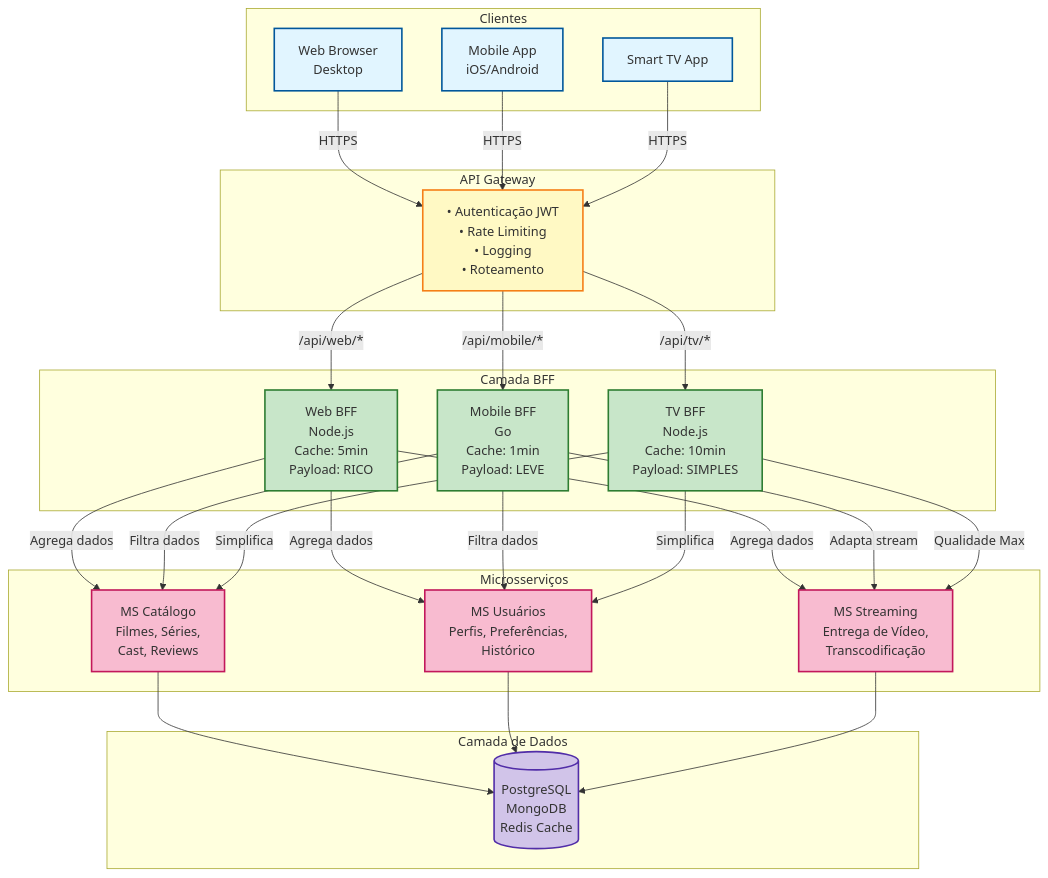
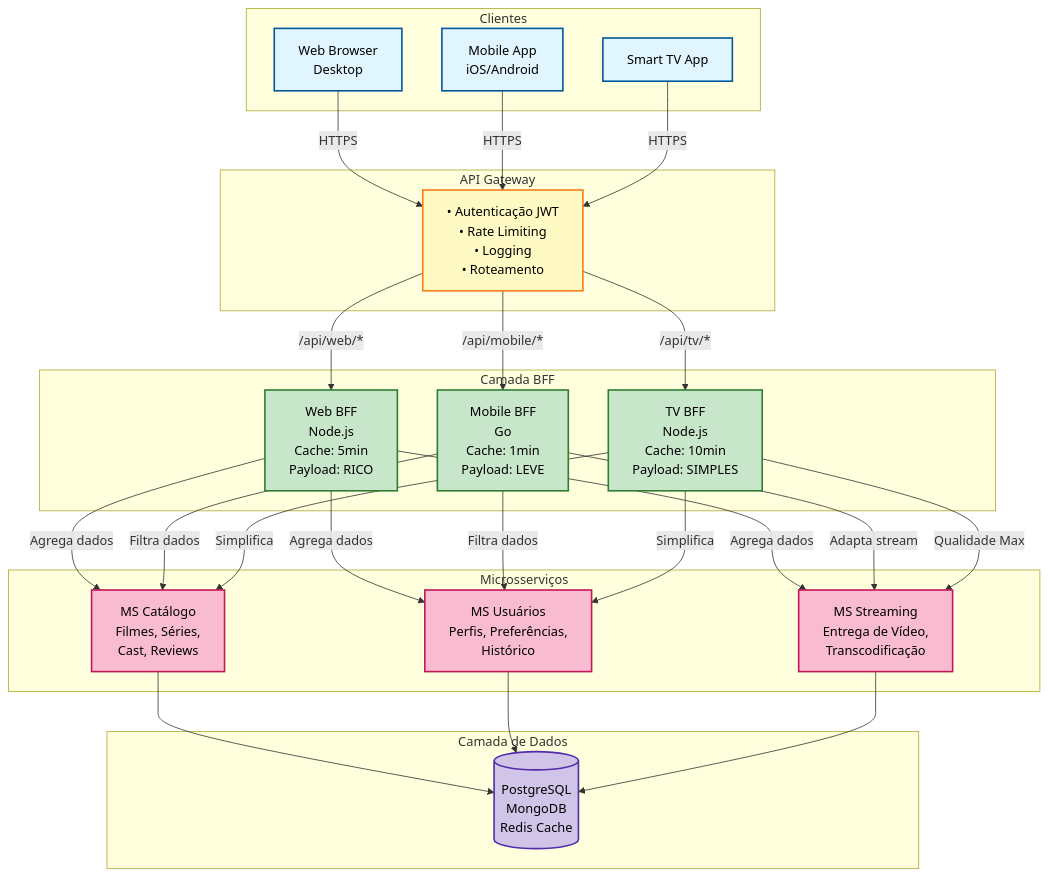
One commit to devsophya/Shipay-Front-End-Engineer-Challenge changed the first of 5 diagrams in questao-05/diagramas/DIAGRAMAS.md. Above: the diagram before and after it, drawn with Mermaid. The commit also changed other lines of this file, not shown here.

````diff
--- a/questao-05/diagramas/DIAGRAMAS.md
+++ b/questao-05/diagramas/DIAGRAMAS.md
@@ -1,64 +1,64 @@
 ```mermaid
 graph TB
     subgraph Clientes
         Web[Web Browser<br/>Desktop]
         Mobile[Mobile App<br/>iOS/Android]
         TV[Smart TV App]
     end
 
     subgraph API_Gateway[API Gateway]
         Gateway[• Autenticação JWT<br/>• Rate Limiting<br/>• Logging<br/>• Roteamento]
     end
 
     subgraph BFF_Layer[Camada BFF]
         WebBFF[Web BFF<br/>Node.js<br/>Cache: 5min<br/>Payload: RICO]
         MobileBFF[Mobile BFF<br/>Go<br/>Cache: 1min<br/>Payload: LEVE]
         TVBFF[TV BFF<br/>Node.js<br/>Cache: 10min<br/>Payload: SIMPLES]
     end
 
     subgraph Microsservicos[Microsserviços]
         MSCatalogo[MS Catálogo<br/>Filmes, Séries,<br/>Cast, Reviews]
         MSUsuarios[MS Usuários<br/>Perfis, Preferências,<br/>Histórico]
         MSStreaming[MS Streaming<br/>Entrega de Vídeo,<br/>Transcodificação]
     end
 
     subgraph Database[Camada de Dados]
         DB[(PostgreSQL<br/>MongoDB<br/>Redis Cache)]
     end
 
     Web -->|HTTPS| Gateway
     Mobile -->|HTTPS| Gateway
     TV -->|HTTPS| Gateway
 
     Gateway -->|/api/web/*| WebBFF
     Gateway -->|/api/mobile/*| MobileBFF
     Gateway -->|/api/tv/*| TVBFF
 
     WebBFF -->|Agrega dados| MSCatalogo
     WebBFF -->|Agrega dados| MSUsuarios
     WebBFF -->|Agrega dados| MSStreaming
 
     MobileBFF -->|Filtra dados| MSCatalogo
     MobileBFF -->|Filtra dados| MSUsuarios
     MobileBFF -->|Adapta stream| MSStreaming
 
     TVBFF -->|Simplifica| MSCatalogo
     TVBFF -->|Simplifica| MSUsuarios
     TVBFF -->|Qualidade Max| MSStreaming
 
     MSCatalogo --> DB
     MSUsuarios --> DB
     MSStreaming --> DB
 
-    classDef clientStyle fill:#e1f5ff,stroke:#01579b,stroke-width:2px
-    classDef gatewayStyle fill:#fff9c4,stroke:#f57f17,stroke-width:2px
-    classDef bffStyle fill:#c8e6c9,stroke:#2e7d32,stroke-width:2px
-    classDef msStyle fill:#f8bbd0,stroke:#c2185b,stroke-width:2px
-    classDef dbStyle fill:#d1c4e9,stroke:#512da8,stroke-width:2px
+    classDef clientStyle fill:#e1f5ff,stroke:#01579b,stroke-width:2px,color:#000000
+    classDef gatewayStyle fill:#fff9c4,stroke:#f57f17,stroke-width:2px,color:#000000
+    classDef bffStyle fill:#c8e6c9,stroke:#2e7d32,stroke-width:2px,color:#000000
+    classDef msStyle fill:#f8bbd0,stroke:#c2185b,stroke-width:2px,color:#000000
+    classDef dbStyle fill:#d1c4e9,stroke:#512da8,stroke-width:2px,color:#000000
 
     class Web,Mobile,TV clientStyle
     class Gateway gatewayStyle
     class WebBFF,MobileBFF,TVBFF bffStyle
     class MSCatalogo,MSUsuarios,MSStreaming msStyle
     class DB dbStyle
 ```
````
